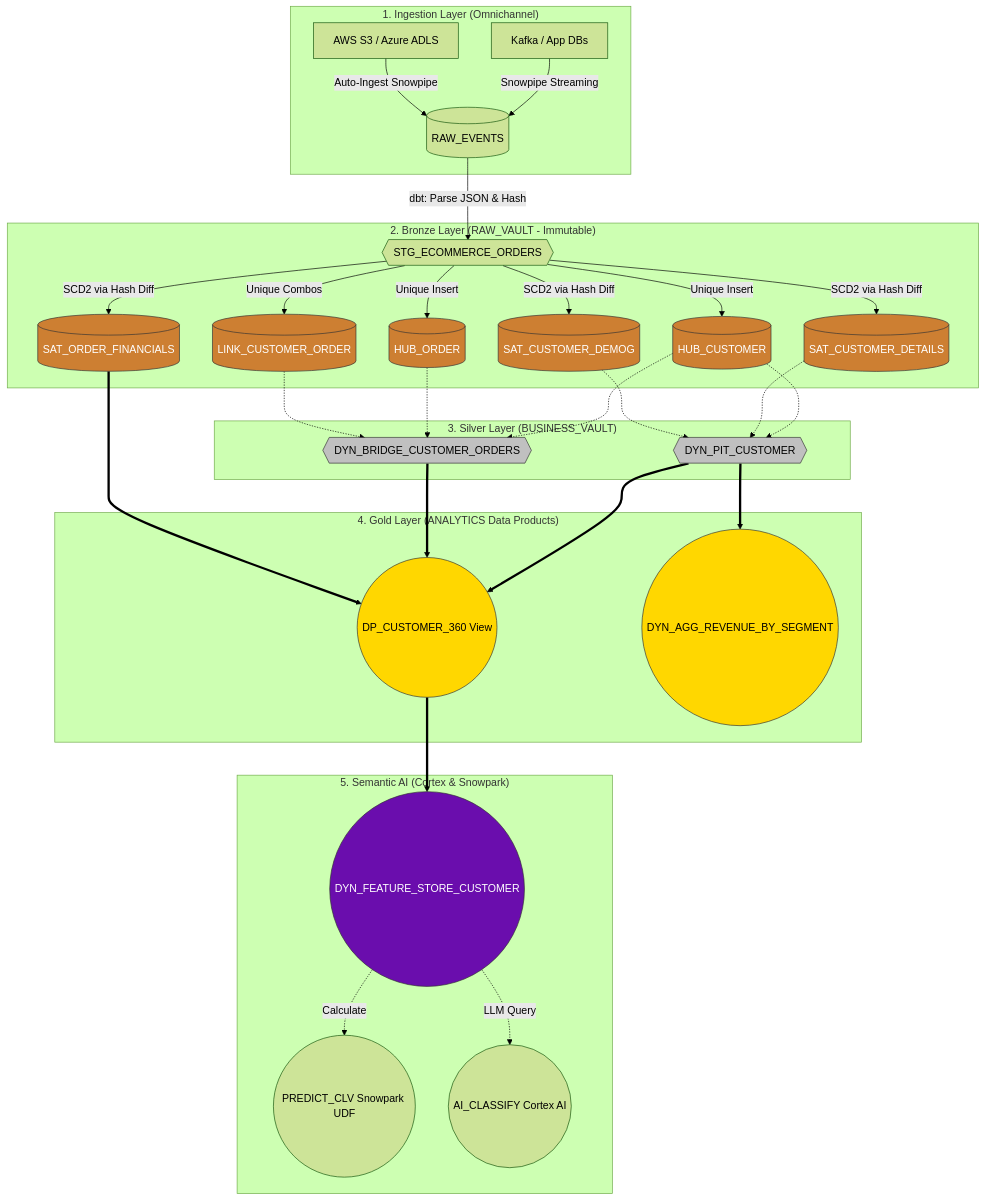
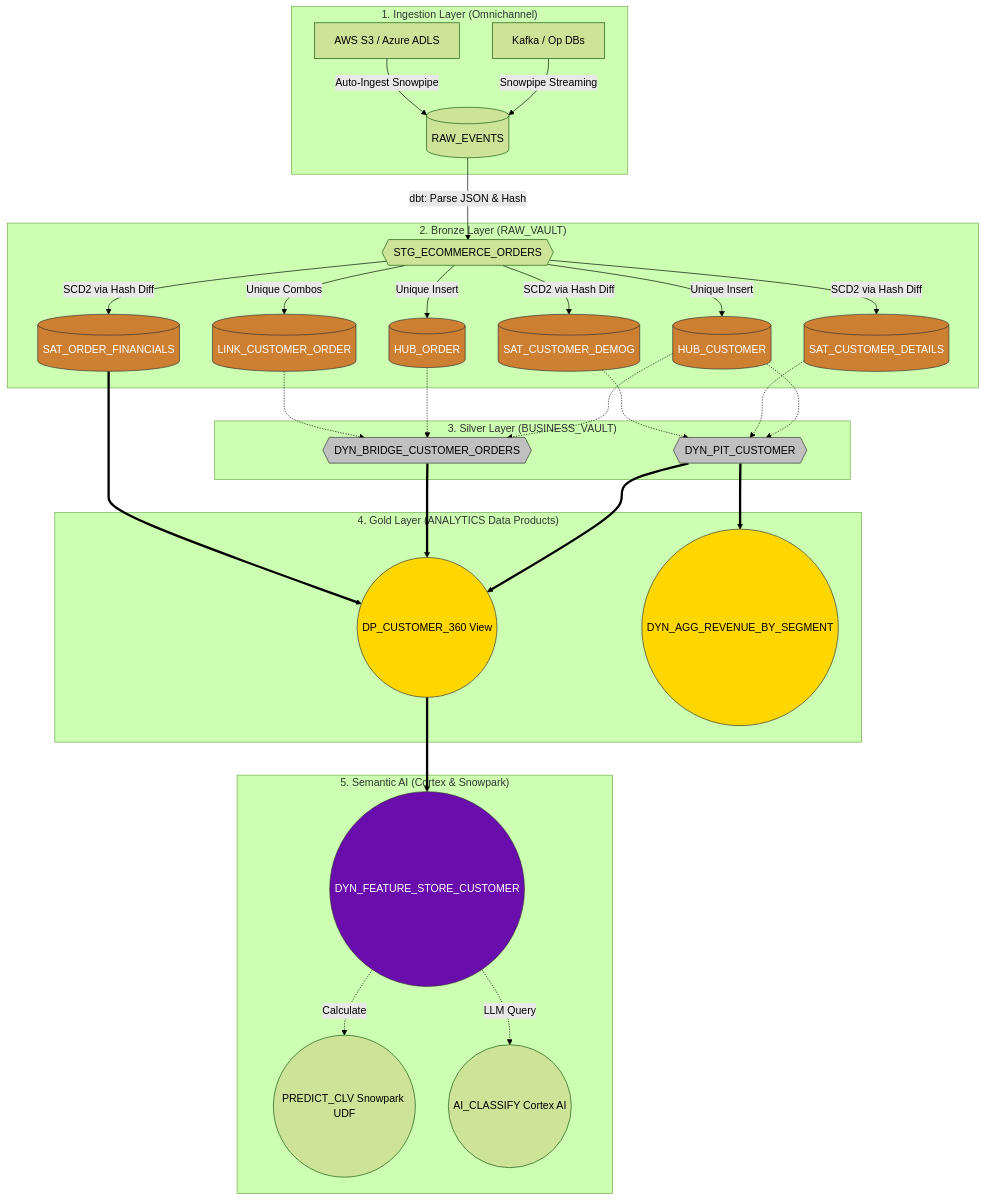
Before and after one commit to hsg09/SnowVault-Enterprise-Data-Platform: the diagram in docs/data_processing_walkthrough.md, drawn with Mermaid (forest theme). The commit also changed other lines of this file and 14 other files, not shown here.

````diff
--- a/docs/data_processing_walkthrough.md
+++ b/docs/data_processing_walkthrough.md
@@ -13,46 +13,45 @@
 ```mermaid
 graph TD
-    %% Define Styles
     classDef bronze fill:#cd7f32,stroke:#333,stroke-width:1px,color:#fff;
     classDef silver fill:#c0c0c0,stroke:#333,stroke-width:1px,color:#000;
     classDef gold fill:#ffd700,stroke:#333,stroke-width:1px,color:#000;
     classDef ai fill:#6a0dad,stroke:#333,stroke-width:1px,color:#fff;
     
     subgraph "1. Ingestion Layer (Omnichannel)"
-        A1[Kafka / App DBs] -- Snowpipe Streaming --> B[(RAW_EVENTS)]
+        A1[Kafka / Op DBs] -- Snowpipe Streaming --> B[(RAW_EVENTS)]
         A2[AWS S3 / Azure ADLS] -- Auto-Ingest Snowpipe --> B
     end
 
-    subgraph "2. Bronze Layer (RAW_VAULT - Immutable)"
-        B -- dbt: Parse JSON & Hash --> C{{STG_ECOMMERCE_ORDERS}}
+    subgraph "2. Bronze Layer (RAW_VAULT)"
+        B -- "dbt: Parse JSON & Hash" --> C{{STG_ECOMMERCE_ORDERS}}
         C -- Unique Insert --> D1[(HUB_CUSTOMER)]:::bronze
         C -- Unique Insert --> D2[(HUB_ORDER)]:::bronze
         C -- Unique Combos --> D3[(LINK_CUSTOMER_ORDER)]:::bronze
         C -- SCD2 via Hash Diff --> D4[(SAT_CUSTOMER_DETAILS)]:::bronze
         C -- SCD2 via Hash Diff --> D5[(SAT_CUSTOMER_DEMOG)]:::bronze
         C -- SCD2 via Hash Diff --> D6[(SAT_ORDER_FINANCIALS)]:::bronze
     end
 
     subgraph "3. Silver Layer (BUSINESS_VAULT)"
         D1 -.-> E1{{DYN_PIT_CUSTOMER}}:::silver
         D4 -.-> E1
         D5 -.-> E1
         
         D1 -.-> E2{{DYN_BRIDGE_CUSTOMER_ORDERS}}:::silver
         D2 -.-> E2
         D3 -.-> E2
     end
     
     subgraph "4. Gold Layer (ANALYTICS Data Products)"
         E1 ==> F1((DP_CUSTOMER_360 View)):::gold
         E2 ==> F1
         D6 ==> F1
         E1 ==> F2((DYN_AGG_REVENUE_BY_SEGMENT)):::gold
     end
     
     subgraph "5. Semantic AI (Cortex & Snowpark)"
         F1 ==> G1((DYN_FEATURE_STORE_CUSTOMER)):::ai
         G1 -. Calculate .-> H1((PREDICT_CLV Snowpark UDF))
         G1 -. LLM Query .-> H2((AI_CLASSIFY Cortex AI))
     end
 ```
````
